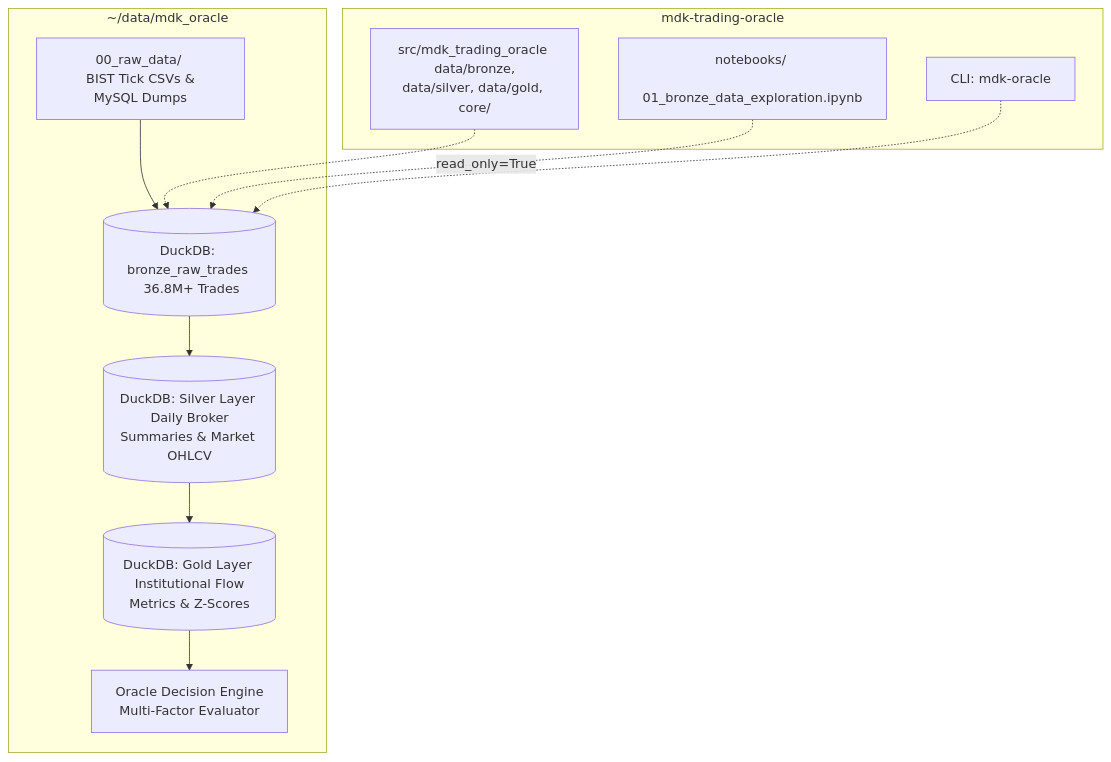
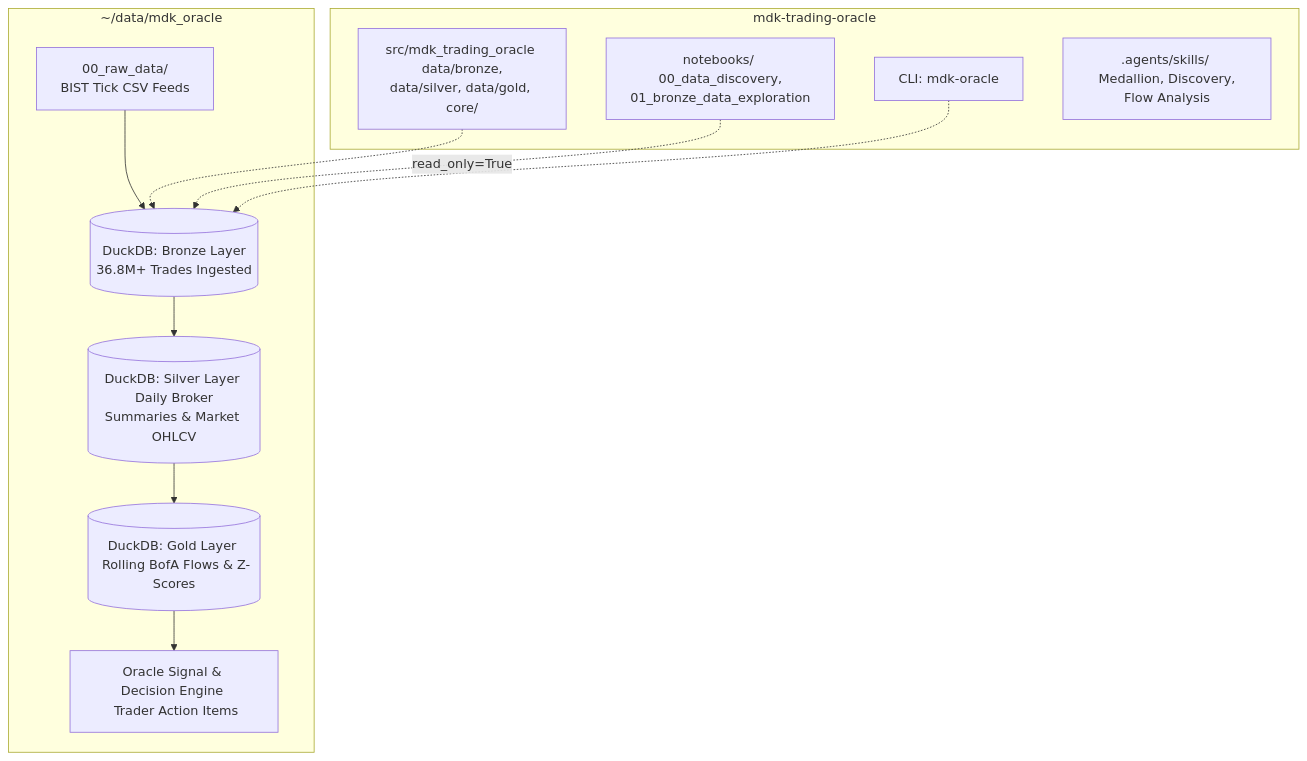
Before and after one commit to ozy-mdk/mdk-trade-oracle: the diagram in README.md, drawn with Mermaid. The commit also changed other lines of this file and 10 other files, not shown here.

Commit message:
feat(portability): standardize Bank of America (BofA) naming, make all paths portable (~/data/mdk_oracle), update skills and documentation

````diff
--- a/README.md
+++ b/README.md
@@ -11,19 +14,20 @@
 ```mermaid
 flowchart TD
     subgraph External Data Lakehouse [~/data/mdk_oracle]
-        A[00_raw_data/ <br> BIST Tick CSVs & MySQL Dumps] --> B[(DuckDB: bronze_raw_trades <br> 36.8M+ Trades)]
+        A[00_raw_data/ <br> BIST Tick CSV Feeds] --> B[(DuckDB: Bronze Layer <br> 36.8M+ Trades Ingested)]
         B --> C[(DuckDB: Silver Layer <br> Daily Broker Summaries & Market OHLCV)]
-        C --> D[(DuckDB: Gold Layer <br> Institutional Flow Metrics & Z-Scores)]
-        D --> E[Oracle Decision Engine <br> Multi-Factor Evaluator]
+        C --> D[(DuckDB: Gold Layer <br> Rolling BofA Flows & Z-Scores)]
+        D --> E[Oracle Signal & Decision Engine <br> Trader Action Items]
     end
 
     subgraph Code Repository [mdk-trading-oracle]
         F[src/mdk_trading_oracle <br> data/bronze, data/silver, data/gold, core/]
-        G[notebooks/ <br> 01_bronze_data_exploration.ipynb]
+        G[notebooks/ <br> 00_data_discovery, 01_bronze_data_exploration]
         H[CLI: mdk-oracle]
+        I[.agents/skills/ <br> Medallion, Discovery, Flow Analysis]
     end
 
     F -.-> B
     G -.->|read_only=True| B
     H -.-> B
 ```
````
